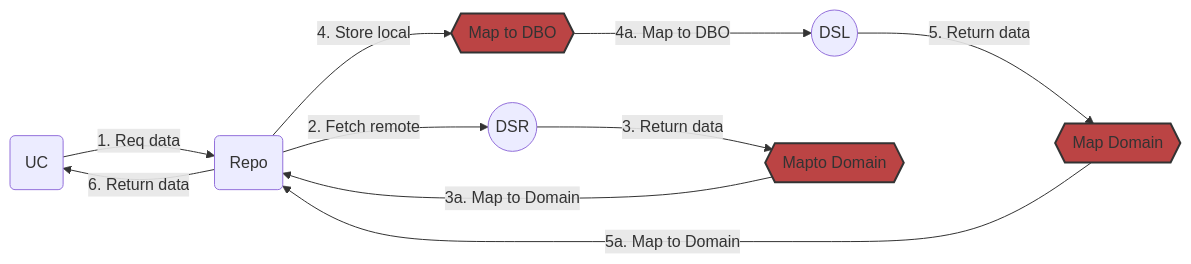
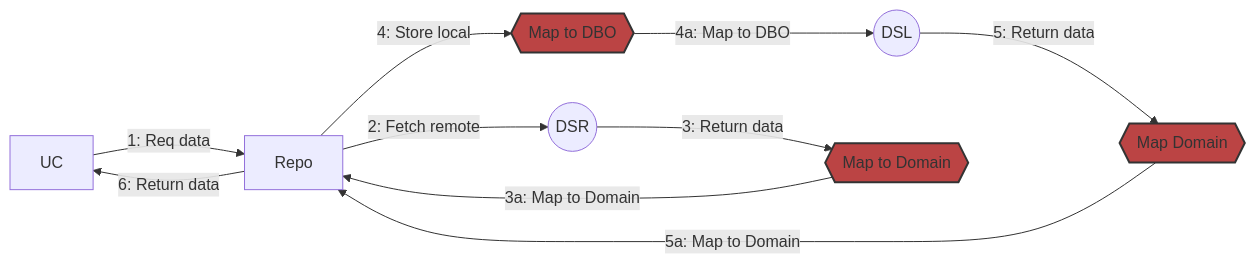
Before and after one commit to m2f-kt/Archer: the diagram in README.md, drawn with Mermaid.

````diff
--- a/README.md
+++ b/README.md
@@ -31,43 +31,39 @@
 ```mermaid
 graph LR
 
-UC(UC)
+UC["UC"]
 
-Repo(Repo)
+Repo["Repo"]
 
-DSL((DSL))
+DSL(("DSL"))
 
-DSR((DSR))
+DSR(("DSR"))
 
-MRTD{{"Mapto Domain"}}
+MRTD{{"Map to Domain"}}
 
 MDTD{{"Map to DBO"}}
 
 MDBTD{{"Map Domain"}}
 
+UC -->|"1: Req data"| Repo
 
+Repo -->|"2: Fetch remote"| DSR
 
-UC -->|1. Req data| Repo
+DSR -->|"3: Return data"| MRTD
 
-Repo -->|2. Fetch remote| DSR
+MRTD -->|"3a: Map to Domain"| Repo
 
-DSR -->|3. Return data| MRTD
+Repo -->|"4: Store local"| MDTD
 
-MRTD -->|3a. Map to Domain| Repo
+MDTD -->|"4a: Map to DBO"| DSL
 
-Repo -->|4. Store local| MDTD
+DSL -->|"5: Return data"| MDBTD
 
-MDTD -->|4a. Map to DBO| DSL
+MDBTD -->|"5a: Map to Domain"| Repo
 
-DSL -->|5. Return data| MDBTD
-
-MDBTD -->|5a. Map to Domain| Repo
-
-Repo -->|6. Return data| UC
-
-
+Repo -->|"6: Return data"| UC
 
 classDef mapping fill:#b44,stroke:#333,stroke-width:2px;
 
 class MRTD,MDTD,MDBTD mapping;
 ```
````
